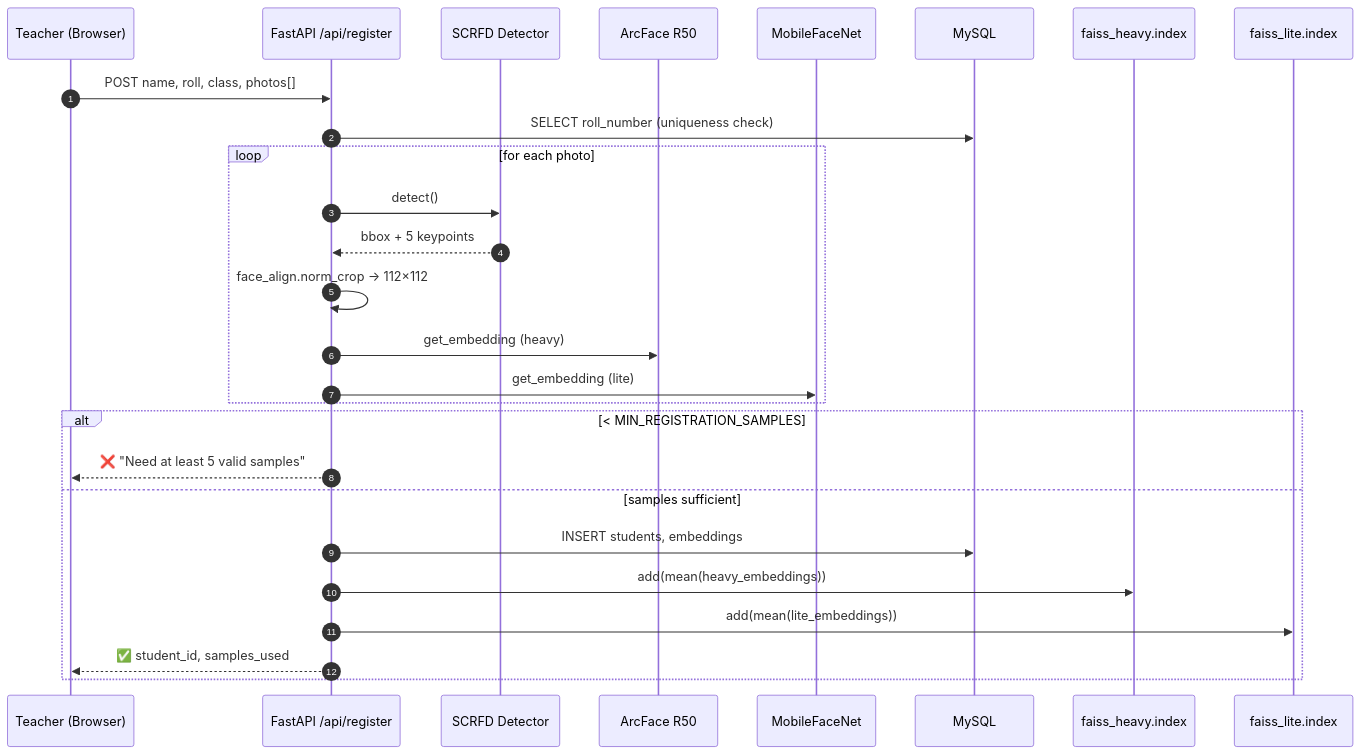
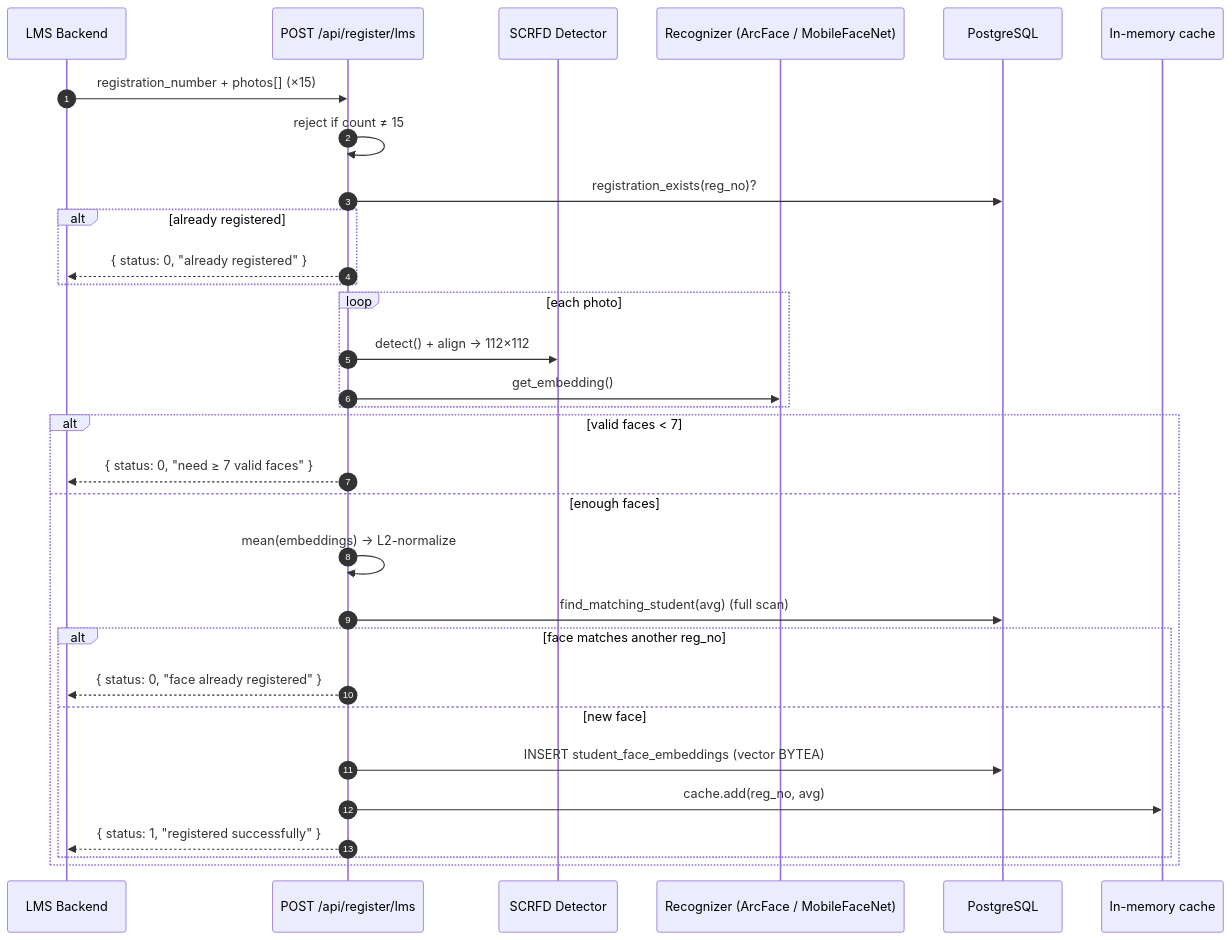
Before and after one commit to AI-SATA-Technologies/AI-Pipeline-Engineer: the second of 4 diagrams in README.md, drawn with Mermaid. The commit also changed other lines of this file, not shown here.

First line of the commit message:
docs: rewrite README to match current LMS-only API backend

````diff
--- a/README.md
+++ b/README.md
@@ -136,30 +142,34 @@
 ```mermaid
 sequenceDiagram
     autonumber
-    participant U as Teacher (Browser)
-    participant API as FastAPI /api/register
+    participant U as LMS Backend
+    participant API as POST /api/register/lms
     participant DET as SCRFD Detector
-    participant H as ArcFace R50
-    participant L as MobileFaceNet
-    participant DB as MySQL
-    participant FX as faiss_heavy.index
-    participant FY as faiss_lite.index
+    participant REC as Recognizer (ArcFace / MobileFaceNet)
+    participant DB as PostgreSQL
+    participant C as In-memory cache
 
-    U->>API: POST name, roll, class, photos[]
-    API->>DB: SELECT roll_number (uniqueness check)
-    loop for each photo
-        API->>DET: detect()
-        DET-->>API: bbox + 5 keypoints
-        API->>API: face_align.norm_crop → 112×112
-        API->>H: get_embedding (heavy)
-        API->>L: get_embedding (lite)
+    U->>API: registration_number + photos[] (×15)
+    API->>API: reject if count ≠ 15
+    API->>DB: registration_exists(reg_no)?
+    alt already registered
+        API-->>U: { status: 0, "already registered" }
     end
-    alt < MIN_REGISTRATION_SAMPLES
-        API-->>U: ❌ "Need at least 5 valid samples"
-    else samples sufficient
-        API->>DB: INSERT students, embeddings
-        API->>FX: add(mean(heavy_embeddings))
-        API->>FY: add(mean(lite_embeddings))
-        API-->>U: ✅ student_id, samples_used
+    loop each photo
+        API->>DET: detect() + align → 112×112
+        API->>REC: get_embedding()
+    end
+    alt valid faces < 7
+        API-->>U: { status: 0, "need ≥ 7 valid faces" }
+    else enough faces
+        API->>API: mean(embeddings) → L2-normalize
+        API->>DB: find_matching_student(avg)  (full scan)
+        alt face matches another reg_no
+            API-->>U: { status: 0, "face already registered" }
+        else new face
+            API->>DB: INSERT student_face_embeddings (vector BYTEA)
+            API->>C: cache.add(reg_no, avg)
+            API-->>U: { status: 1, "registered successfully" }
+        end
     end
 ```
````
